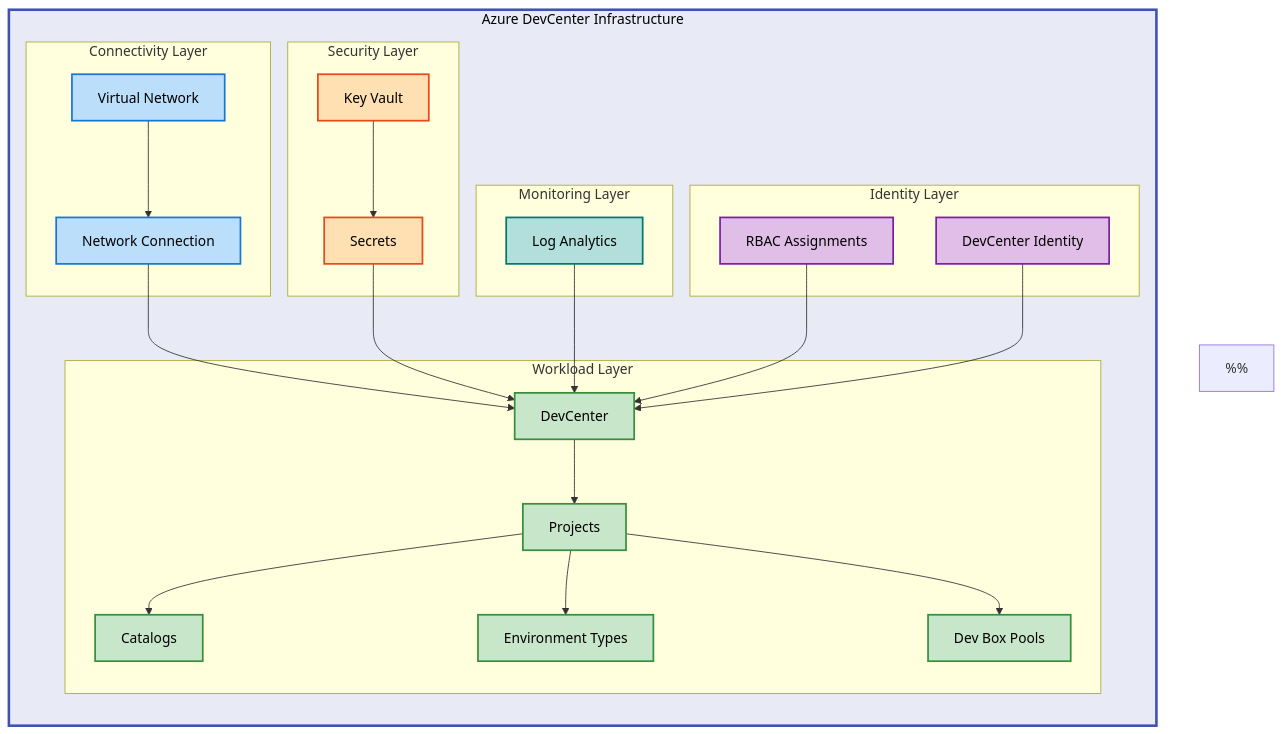
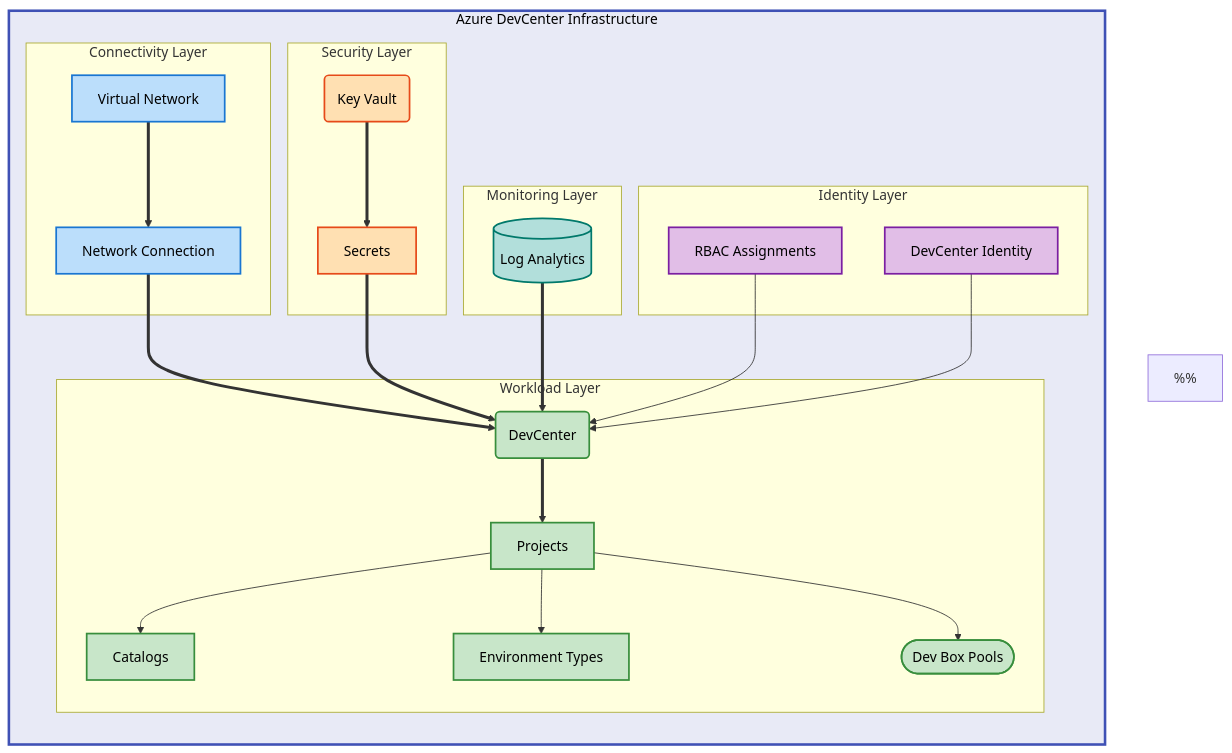
Before and after one commit to Evilazaro/DevExp-DevBox: the diagram in README.md, drawn with Mermaid.

Commit message:
Refine architecture diagram in README.md with enhanced color scheme and updated flowchart syntax for clarity

```diff
--- a/README.md
+++ b/README.md
@@ -46,12 +46,21 @@
     %% ============================================
     %% STANDARD COLOR SCHEME (Material Design)
     %% ============================================
+    %% Main Group (Neutral background - MANDATORY)
     classDef mainGroup fill:#E8EAF6,stroke:#3F51B5,stroke-width:3px,color:#000
+
+    %% Sub Group (Nested sub-layers)
+    classDef subGroup fill:#C5CAE9,stroke:#3F51B5,stroke-width:2px,color:#000
+
+    %% Content (Semantic colors)
     classDef mdBlue fill:#BBDEFB,stroke:#1976D2,stroke-width:2px,color:#000
     classDef mdGreen fill:#C8E6C9,stroke:#388E3C,stroke-width:2px,color:#000
+    classDef mdRed fill:#FFCDD2,stroke:#D32F2F,stroke-width:2px,color:#000
+    classDef mdYellow fill:#FFF9C4,stroke:#F57F17,stroke-width:2px,color:#000
     classDef mdOrange fill:#FFE0B2,stroke:#E64A19,stroke-width:2px,color:#000
     classDef mdPurple fill:#E1BEE7,stroke:#7B1FA2,stroke-width:2px,color:#000
     classDef mdTeal fill:#B2DFDB,stroke:#00796B,stroke-width:2px,color:#000
+    classDef mdGrey fill:#F5F5F5,stroke:#616161,stroke-width:2px,color:#000
     %% ============================================
 
     subgraph system["Azure DevCenter Infrastructure"]
@@ -65,13 +74,13 @@
 
         %% Security and secrets management
         subgraph security["Security Layer"]
-            kv["Key Vault"]:::mdOrange
+            kv("Key Vault"):::mdOrange
             secrets["Secrets"]:::mdOrange
         end
 
         %% Observability and monitoring
         subgraph monitoring["Monitoring Layer"]
-            la["Log Analytics"]:::mdTeal
+            la[("Log Analytics")]:::mdTeal
         end
 
         %% Access control and permissions
@@ -82,30 +91,30 @@
 
         %% Core DevCenter workload resources
         subgraph workload["Workload Layer"]
-            dc["DevCenter"]:::mdGreen
+            dc("DevCenter"):::mdGreen
             proj["Projects"]:::mdGreen
             catalog["Catalogs"]:::mdGreen
             envtype["Environment Types"]:::mdGreen
-            pools["Dev Box Pools"]:::mdGreen
+            pools(["Dev Box Pools"]):::mdGreen
         end
 
         %% Network connectivity flow
-        vnet --> netconn
-        netconn --> dc
+        vnet ==> netconn
+        netconn ==> dc
 
         %% Security integration
-        kv --> secrets
-        secrets --> dc
+        kv ==> secrets
+        secrets ==> dc
 
         %% Monitoring integration
-        la --> dc
+        la ==> dc
 
-        %% Identity and access control
+        %% Identity and access control (RBAC)
         rbac --> dc
         devid --> dc
 
         %% DevCenter resource hierarchy
-        dc --> proj
+        dc ==> proj
         proj --> catalog
         proj --> envtype
         proj --> pools
```
